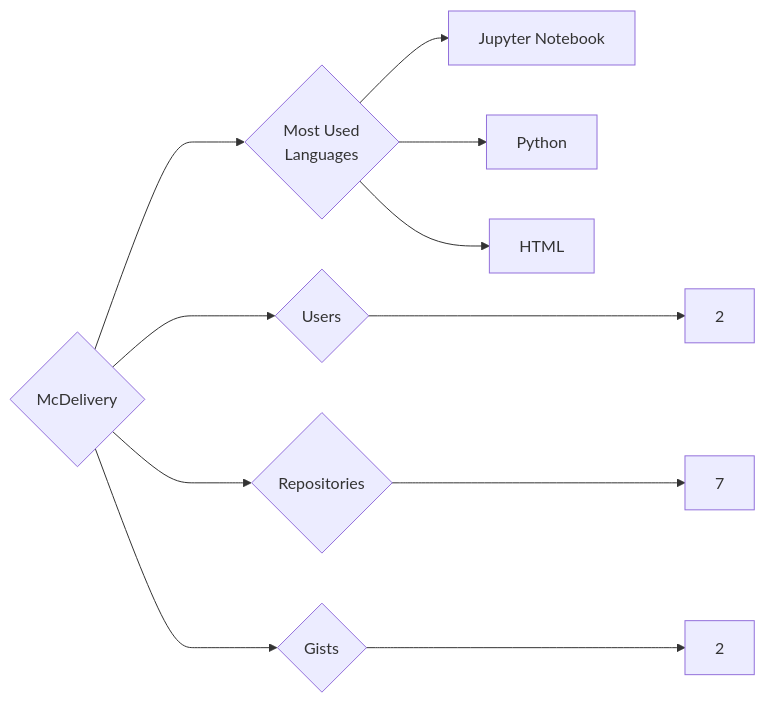
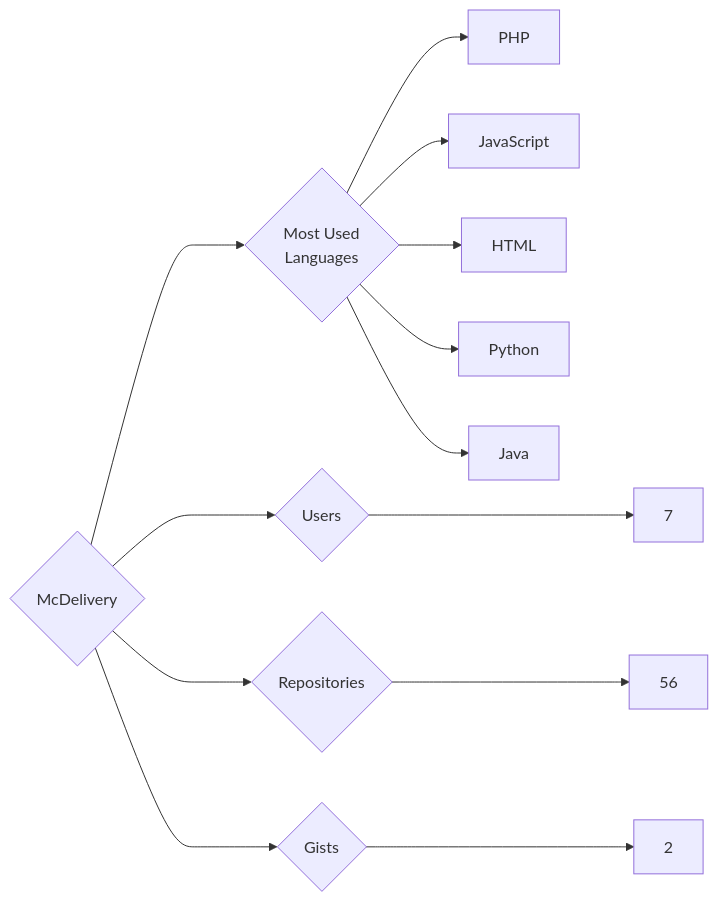
Before and after one commit to trickest/insiders: the diagram in targets/McDelivery/README.md, drawn with Mermaid. The commit also changed 964 other files, not shown here.

````diff
--- a/targets/McDelivery/README.md
+++ b/targets/McDelivery/README.md
@@ -3,11 +3,13 @@
 ```mermaid
 graph LR
 COMPANY_NAME{McDelivery}
-COMPANY_NAME ---> U{Users} ---> UN[2]
-COMPANY_NAME ---> R{Repositories} ---> RN[7]
+COMPANY_NAME ---> U{Users} ---> UN[7]
+COMPANY_NAME ---> R{Repositories} ---> RN[56]
 COMPANY_NAME ---> G{Gists} ---> GN[2]
 COMPANY_NAME ---> ML{Most Used<br>Languages}
-ML --> Jupyter_Notebook[Jupyter Notebook]
+ML --> PHP[PHP]
+ML --> JavaScript[JavaScript]
+ML --> HTML[HTML]
 ML --> Python[Python]
-ML --> HTML[HTML]
+ML --> Java[Java]
 ```
````
